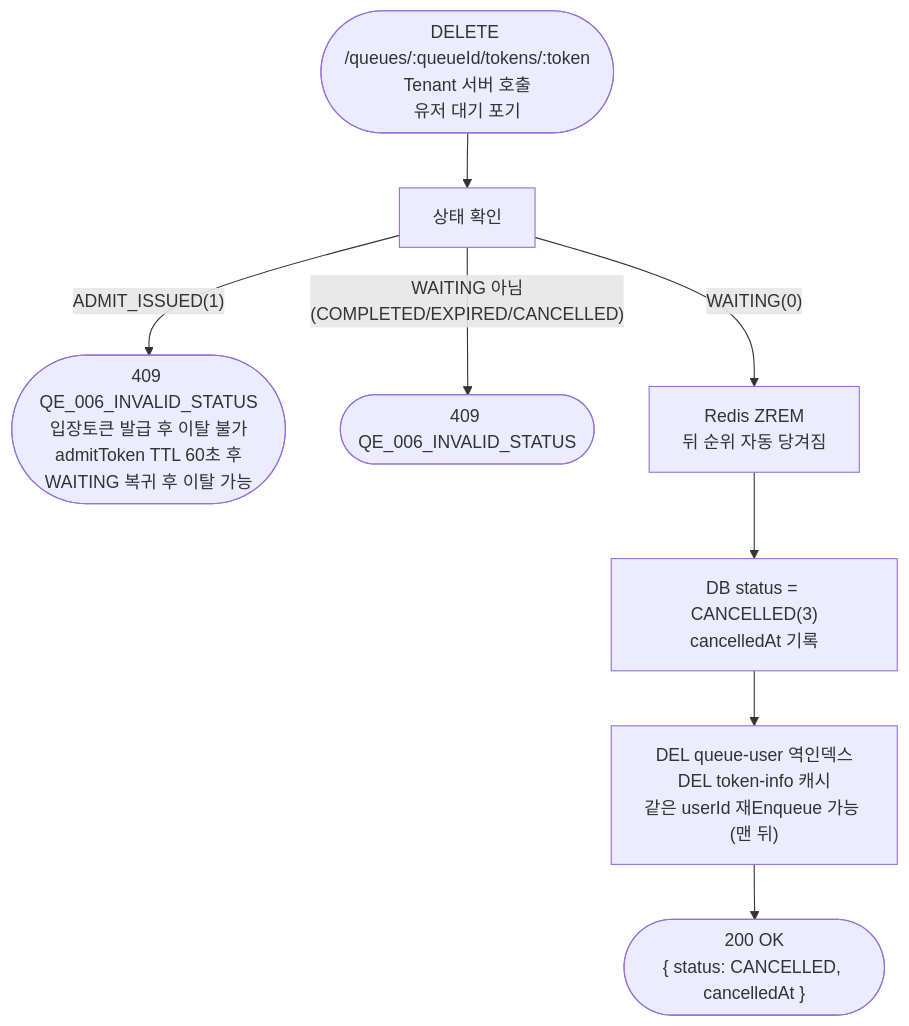
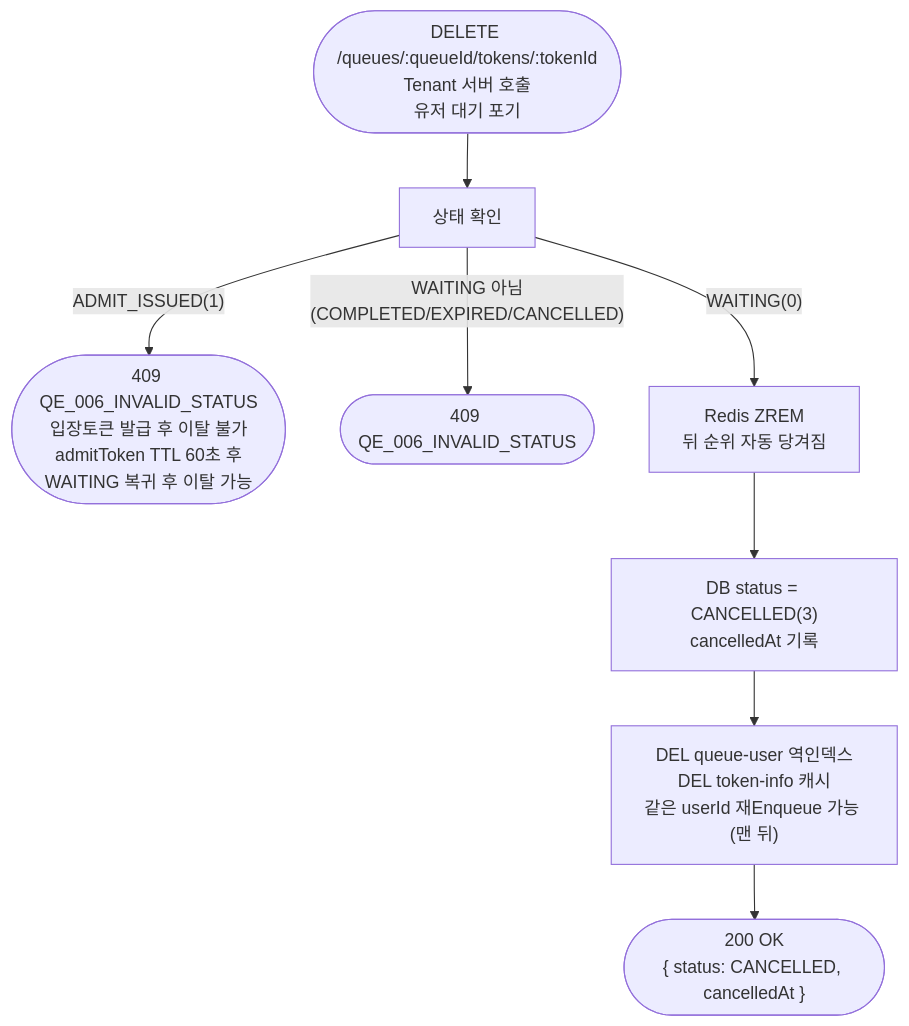
Before and after one commit to S-Onix/queue-platform: the fifth of 12 diagrams in doc/FLOW.md, drawn with Mermaid. The commit also changed other lines of this file and 7 other files, not shown here.

````diff
--- a/doc/FLOW.md
+++ b/doc/FLOW.md
@@ -195,12 +201,12 @@
 ```mermaid
 flowchart TD
-    DQ(["DELETE /queues/:queueId/tokens/:token\nTenant 서버 호출\n유저 대기 포기"])
+    DQ(["DELETE /queues/:queueId/tokens/:tokenId\nTenant 서버 호출\n유저 대기 포기"])
     --> CHK["상태 확인"]
 
     CHK -->|"ADMIT_ISSUED(1)"| E409A(["409 QE_006_INVALID_STATUS\n입장토큰 발급 후 이탈 불가\nadmitToken TTL 60초 후\nWAITING 복귀 후 이탈 가능"])
     CHK -->|"WAITING 아님\n(COMPLETED/EXPIRED/CANCELLED)"| E409B(["409 QE_006_INVALID_STATUS"])
     CHK -->|"WAITING(0)"| ZREM["Redis ZREM\n뒤 순위 자동 당겨짐"]
     --> DB["DB status = CANCELLED(3)\ncancelledAt 기록"]
     --> DEL["DEL queue-user 역인덱스\nDEL token-info 캐시\n같은 userId 재Enqueue 가능 (맨 뒤)"]
     --> OK(["200 OK\n{ status: CANCELLED, cancelledAt }"])
 ```
````
